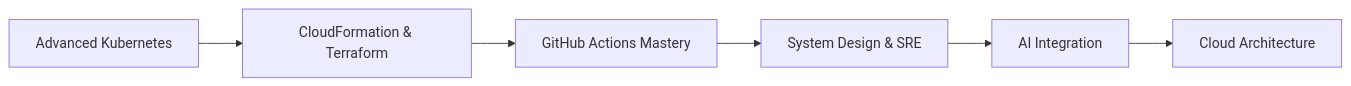
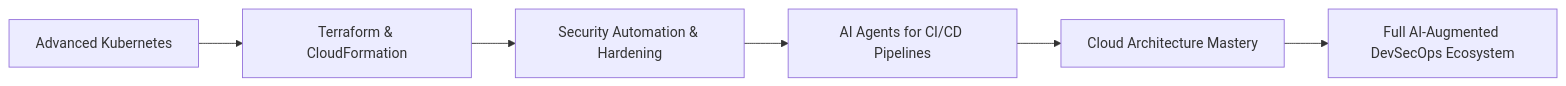
One commit to ai-aadi-ops/ai-aadi-ops changed the diagram in README.md. Above: the diagram before and after it, drawn with Mermaid. The commit also changed other lines of this file, not shown here.

````diff
--- a/README.md
+++ b/README.md
@@ -253,8 +141,8 @@
 ```mermaid
 graph LR
-    A[Advanced Kubernetes] --> B[CloudFormation & Terraform]
-    B --> C[GitHub Actions Mastery]
-    C --> D[System Design & SRE]
-    D --> E[AI Integration]
-    E --> F[Cloud Architecture]
+A[Advanced Kubernetes] --> B[Terraform & CloudFormation]
+B --> C[Security Automation & Hardening]
+C --> D[AI Agents for CI/CD Pipelines]
+D --> E[Cloud Architecture Mastery]
+E --> F[Full AI-Augmented DevSecOps Ecosystem]
 ```
````
